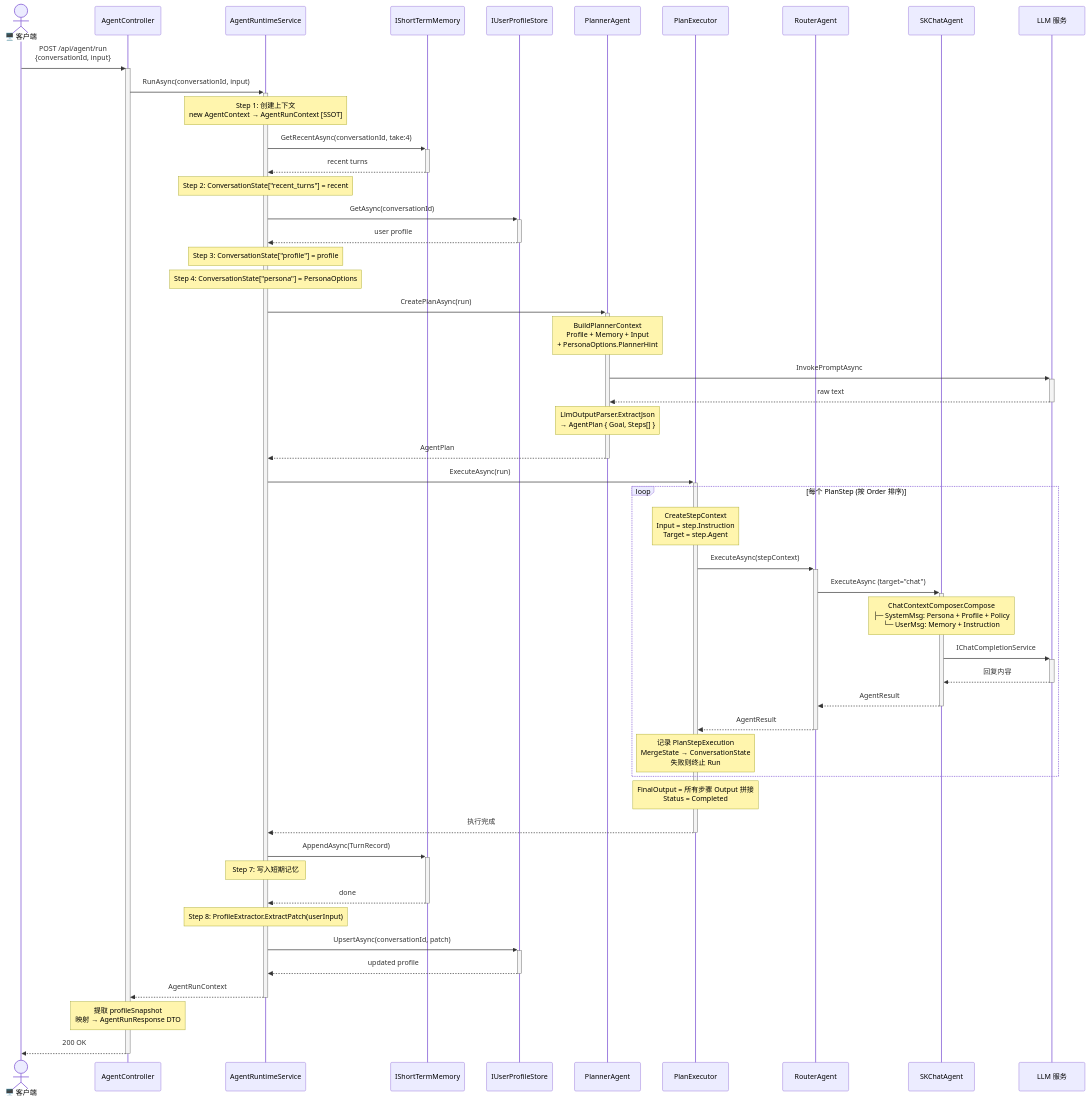
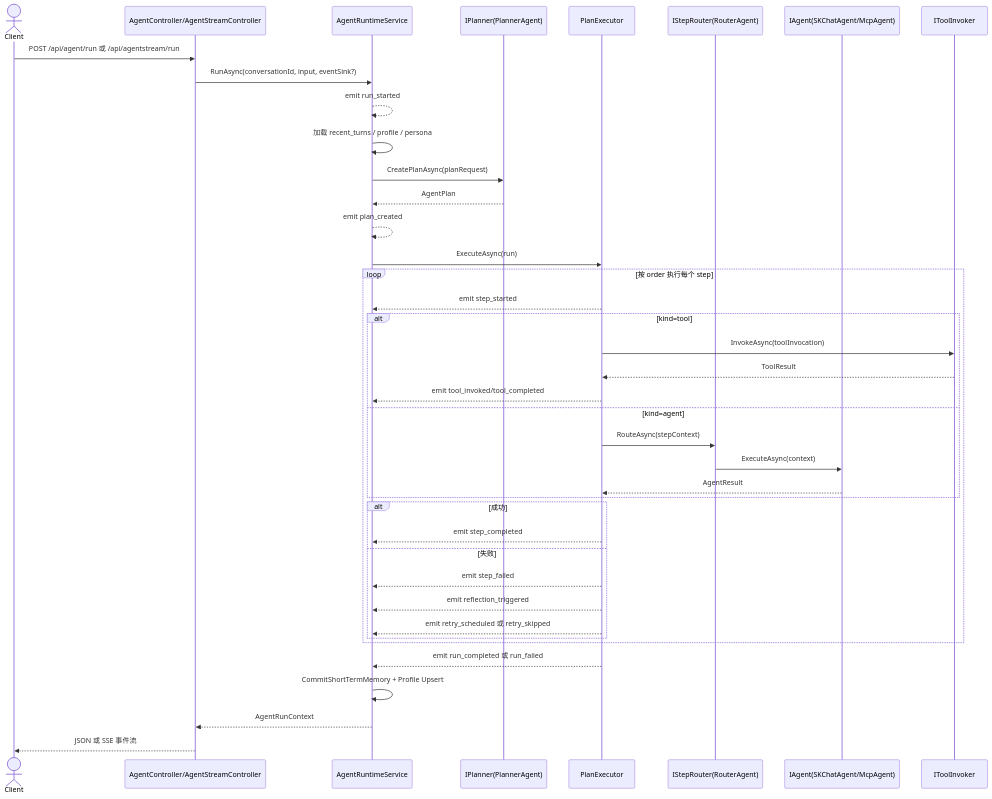
The second of 2 diagrams in Docs/Architecture - 解决方案架构与调用流程.md (Cao-A-Ben/SkAgentSolution), drawn with Mermaid before and after one commit. The commit also changed other lines of this file and 99 other files, not shown here.

````diff
--- a/Docs/Architecture - 解决方案架构与调用流程.md
+++ b/Docs/Architecture - 解决方案架构与调用流程.md
@@ -175,64 +71,49 @@
 ```mermaid
 sequenceDiagram
-    actor Client as 🖥️ 客户端
-    participant Ctrl as AgentController
-    participant RTS as AgentRuntimeService
-    participant Mem as IShortTermMemory
-    participant Prof as IUserProfileStore
-    participant Plan as PlannerAgent
+    actor Client as Client
+    participant Ctrl as AgentController/AgentStreamController
+    participant Runtime as AgentRuntimeService
+    participant Planner as IPlanner(PlannerAgent)
     participant Exec as PlanExecutor
-    participant Router as RouterAgent
-    participant Chat as SKChatAgent
-    participant LLM as LLM 服务
+    participant Router as IStepRouter(RouterAgent)
+    participant Agent as IAgent(SKChatAgent/McpAgent)
+    participant Tool as IToolInvoker
 
-    Client->>+Ctrl: POST /api/agent/run<br/>{conversationId, input}
-    Ctrl->>+RTS: RunAsync(conversationId, input)
+    Client->>Ctrl: POST /api/agent/run 或 /api/agentstream/run
+    Ctrl->>Runtime: RunAsync(conversationId, input, eventSink?)
 
-    Note over RTS: Step 1: 创建上下文<br/>new AgentContext → AgentRunContext [SSOT]
+    Runtime-->>Runtime: emit run_started
+    Runtime->>Runtime: 加载 recent_turns / profile / persona
 
-    RTS->>+Mem: GetRecentAsync(conversationId, take:4)
-    Mem-->>-RTS: recent turns
-    Note over RTS: Step 2: ConversationState["recent_turns"] = recent
+    Runtime->>Planner: CreatePlanAsync(planRequest)
+    Planner-->>Runtime: AgentPlan
+    Runtime-->>Runtime: emit plan_created
 
-    RTS->>+Prof: GetAsync(conversationId)
-    Prof-->>-RTS: user profile
-    Note over RTS: Step 3: ConversationState["profile"] = profile
+    Runtime->>Exec: ExecuteAsync(run)
 
-    Note over RTS: Step 4: ConversationState["persona"] = PersonaOptions
+    loop 按 order 执行每个 step
+        Exec-->>Runtime: emit step_started
+        alt kind=tool
+            Exec->>Tool: InvokeAsync(toolInvocation)
+            Tool-->>Exec: ToolResult
+            Exec-->>Runtime: emit tool_invoked/tool_completed
+        else kind=agent
+            Exec->>Router: RouteAsync(stepContext)
+            Router->>Agent: ExecuteAsync(context)
+            Agent-->>Exec: AgentResult
+        end
 
-    RTS->>+Plan: CreatePlanAsync(run)
-    Note over Plan: BuildPlannerContext<br/>Profile + Memory + Input<br/>+ PersonaOptions.PlannerHint
-    Plan->>+LLM: InvokePromptAsync
-    LLM-->>-Plan: raw text
-    Note over Plan: LlmOutputParser.ExtractJson<br/>→ AgentPlan { Goal, Steps[] }
-    Plan-->>-RTS: AgentPlan
-
-    RTS->>+Exec: ExecuteAsync(run)
-
-    loop 每个 PlanStep (按 Order 排序)
-        Note over Exec: CreateStepContext<br/>Input = step.Instruction<br/>Target = step.Agent
-        Exec->>+Router: ExecuteAsync(stepContext)
-        Router->>+Chat: ExecuteAsync (target="chat")
-        Note over Chat: ChatContextComposer.Compose<br/>├─ SystemMsg: Persona + Profile + Policy<br/>└─ UserMsg: Memory + Instruction
-        Chat->>+LLM: IChatCompletionService
-        LLM-->>-Chat: 回复内容
-        Chat-->>-Router: AgentResult
-        Router-->>-Exec: AgentResult
-        Note over Exec: 记录 PlanStepExecution<br/>MergeState → ConversationState<br/>失败则终止 Run
+        alt 成功
+            Exec-->>Runtime: emit step_completed
+        else 失败
+            Exec-->>Runtime: emit step_failed
+            Exec-->>Runtime: emit reflection_triggered
+            Exec-->>Runtime: emit retry_scheduled 或 retry_skipped
+        end
     end
 
-    Note over Exec: FinalOutput = 所有步骤 Output 拼接<br/>Status = Completed
-    Exec-->>-RTS: 执行完成
-
-    RTS->>+Mem: AppendAsync(TurnRecord)
-    Note over RTS: Step 7: 写入短期记忆
-    Mem-->>-RTS: done
-
-    Note over RTS: Step 8: ProfileExtractor.ExtractPatch(userInput)
-    RTS->>+Prof: UpsertAsync(conversationId, patch)
-    Prof-->>-RTS: updated profile
-
-    RTS-->>-Ctrl: AgentRunContext
-    Note over Ctrl: 提取 profileSnapshot<br/>映射 → AgentRunResponse DTO
-    Ctrl-->>-Client: 200 OK
+    Exec-->>Runtime: emit run_completed 或 run_failed
+    Runtime->>Runtime: CommitShortTermMemory + Profile Upsert
+    Runtime-->>Ctrl: AgentRunContext
+    Ctrl-->>Client: JSON 或 SSE 事件流
 ```
````
